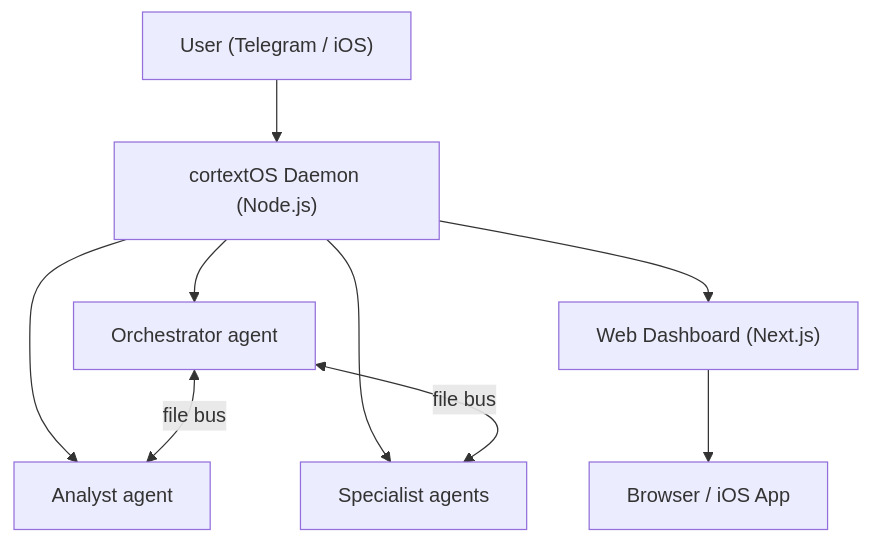
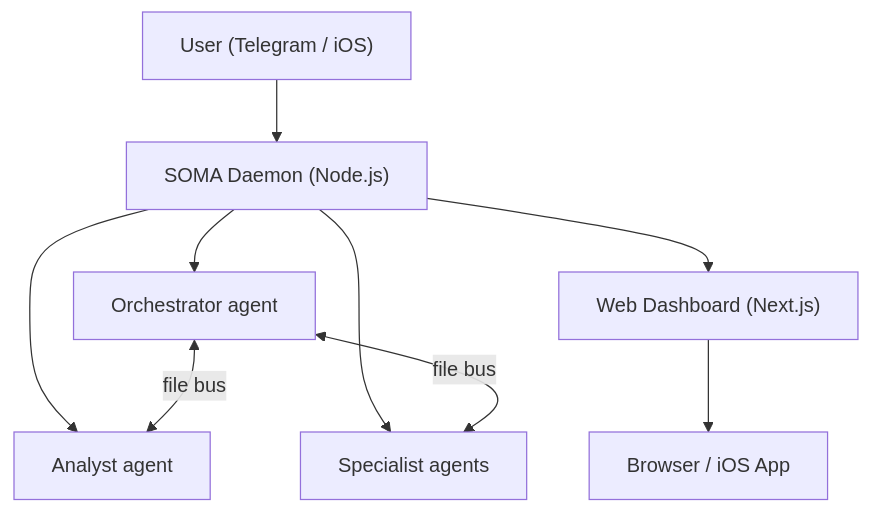
One commit to NulightJens/project-soma changed the diagram in README.md. Above: the diagram before and after it, drawn with Mermaid. The commit also changed other lines of this file and 170 other files, not shown here.

````diff
--- a/README.md
+++ b/README.md
@@ -40,11 +40,11 @@
 ```mermaid
 flowchart TD
-    U["User (Telegram / iOS)"] --> CLI["cortextOS Daemon (Node.js)"]
+    U["User (Telegram / iOS)"] --> CLI["SOMA Daemon (Node.js)"]
     CLI --> O["Orchestrator agent"]
     CLI --> A["Analyst agent"]
     CLI --> W["Specialist agents"]
     O <-->|file bus| A
     O <-->|file bus| W
     CLI --> D["Web Dashboard (Next.js)"]
     D --> U2["Browser / iOS App"]
 ```
````
